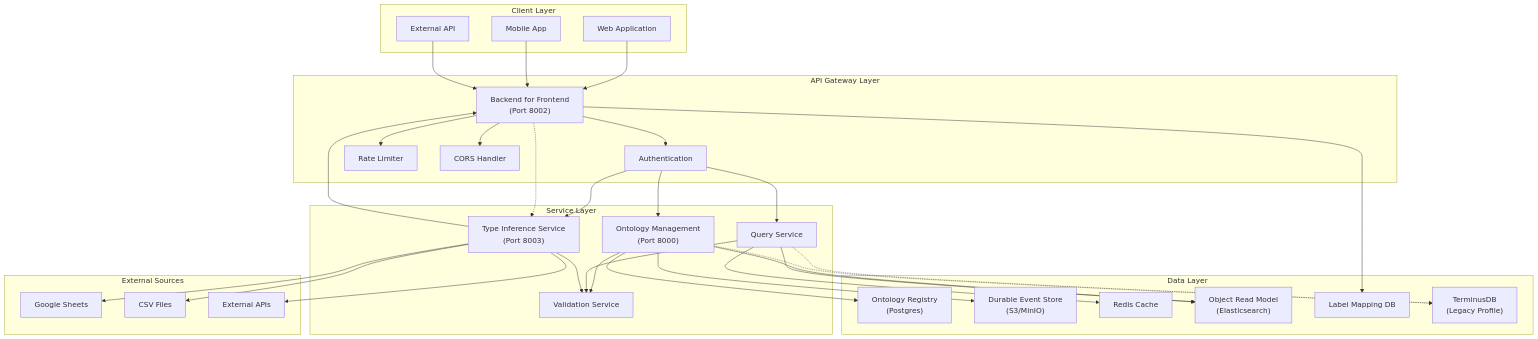
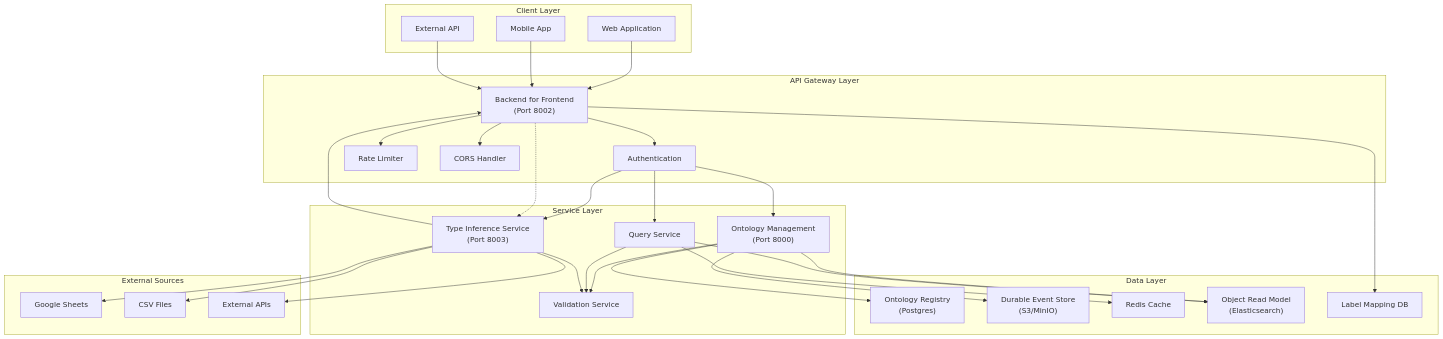
Before and after one commit to ludia8888/SPICE-Harvester: the diagram in docs/architecture/data_flow.mmd, drawn with Mermaid. The commit also changed 64 other files, not shown here.

Commit message:
refactor(foundry): remove legacy contracts and align ontology v2 flows

```diff
--- a/docs/architecture/data_flow.mmd
+++ b/docs/architecture/data_flow.mmd
@@ -1,73 +1,69 @@
 graph TB
     %% Data Flow Architecture
     %% Last Updated: 2026-02-15
     
     subgraph "Client Layer"
         Web[Web Application]
         Mobile[Mobile App]
         API[External API]
     end
     
     subgraph "API Gateway Layer"
         BFF["Backend for Frontend<br/>(Port 8002)"]
         Auth[Authentication]
         RateLimit[Rate Limiter]
         CORS[CORS Handler]
     end
     
     subgraph "Service Layer"
         OMS["Ontology Management<br/>(Port 8000)"]
         Query[Query Service]
         Validator[Validation Service]
         Funnel["Type Inference Service<br/>(Port 8003)"]
     end
     
     subgraph "Data Layer"
         Registry["Ontology Registry<br/>(Postgres)"]
         EventStore["Durable Event Store<br/>(S3/MinIO)"]
         Cache[Redis Cache]
         Search["Object Read Model<br/>(Elasticsearch)"]
         LabelDB[Label Mapping DB]
-        LegacyTerminus["TerminusDB<br/>(Legacy Profile)"]
     end
     
     subgraph "External Sources"
         GoogleSheets[Google Sheets]
         CSV[CSV Files]
         ExtAPI[External APIs]
     end
     
     %% Connections
     Web --> BFF
     Mobile --> BFF
     API --> BFF
     
     BFF --> Auth
     BFF --> RateLimit
     BFF --> CORS
     
     Auth --> OMS
     Auth --> Query
     Auth --> Funnel
     
     OMS --> Validator
     Query --> Validator
     Funnel --> Validator
     
     OMS --> Registry
     OMS --> EventStore
     OMS --> Search
     Query --> Search
     Query --> Cache
     BFF --> LabelDB
     
     Funnel --> GoogleSheets
     Funnel --> CSV
     Funnel --> ExtAPI
     
-    Query -.-> LegacyTerminus
-    OMS -.-> LegacyTerminus
-    
     %% Type Inference Flow
     BFF -.-> Funnel
     Funnel --> BFF
```
